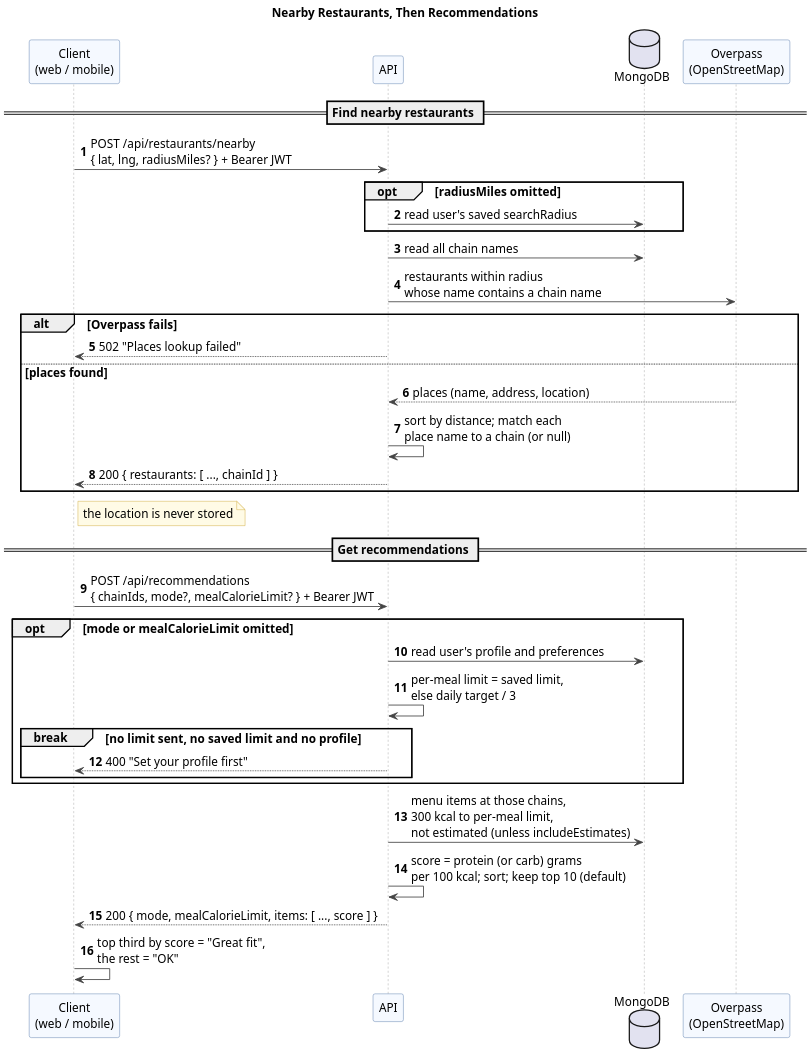
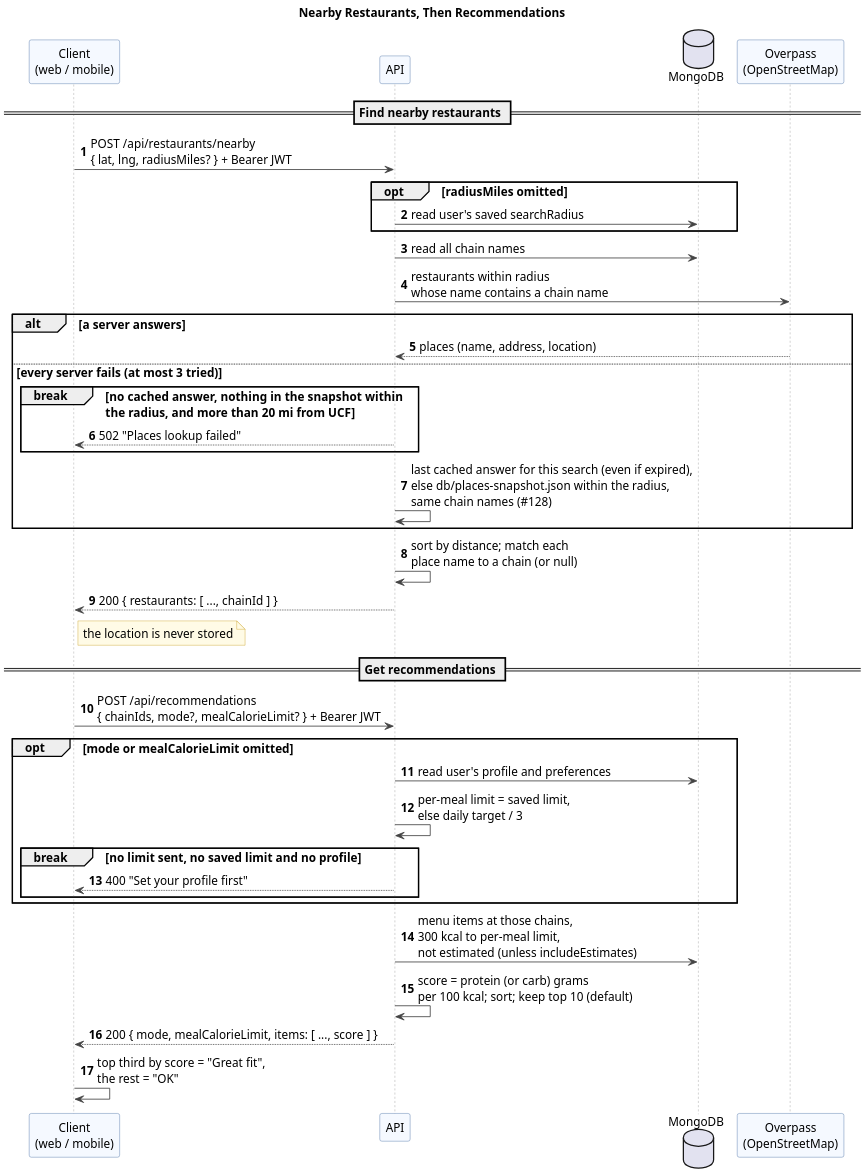
The diagram in docs/diagrams/sequence-recommendations.puml (polter-dev/POOSD_large_proj), drawn with PlantUML before and after one commit. The commit also changed 12 other files, not shown here.

```diff
--- a/docs/diagrams/sequence-recommendations.puml
+++ b/docs/diagrams/sequence-recommendations.puml
@@ -1,54 +1,57 @@
 @startuml sequence-recommendations
 ' Menu Macro Fitter -- nearby restaurants, then recommendations (issue #37)
 ' Call order from backend/src/controllers/restaurants.js and recommendations.js. The student is already logged in.
 
 skinparam defaultFontName Verdana
 scale 2
 skinparam defaultFontSize 14
 skinparam shadowing false
 skinparam ArrowColor #444444
 skinparam sequenceLifeLineBorderColor #999999
 skinparam sequenceParticipantBackgroundColor #F5F9FF
 skinparam sequenceParticipantBorderColor #4A6FA5
 skinparam noteBackgroundColor #FFFBE6
 skinparam noteBorderColor #C9A227
 autonumber
 
 title Nearby Restaurants, Then Recommendations
 
 participant "Client\n(web / mobile)" as Client
 participant API
 database MongoDB
 participant "Overpass\n(OpenStreetMap)" as Overpass
 
 == Find nearby restaurants ==
 Client -> API : POST /api/restaurants/nearby\n{ lat, lng, radiusMiles? } + Bearer JWT
 opt radiusMiles omitted
   API -> MongoDB : read user's saved searchRadius
 end
 API -> MongoDB : read all chain names
 API -> Overpass : restaurants within radius\nwhose name contains a chain name
-alt Overpass fails
-  API --> Client : 502 "Places lookup failed"
-else places found
+alt a server answers
   Overpass --> API : places (name, address, location)
-  API -> API : sort by distance; match each\nplace name to a chain (or null)
-  API --> Client : 200 { restaurants: [ ..., chainId ] }
+else every server fails (at most 3 tried)
+  break no cached answer, nothing in the snapshot within\nthe radius, and more than 20 mi from UCF
+    API --> Client : 502 "Places lookup failed"
+  end
+  API -> API : last cached answer for this search (even if expired),\nelse db/places-snapshot.json within the radius,\nsame chain names (#128)
 end
+API -> API : sort by distance; match each\nplace name to a chain (or null)
+API --> Client : 200 { restaurants: [ ..., chainId ] }
 note right of Client : the location is never stored
 
 == Get recommendations ==
 Client -> API : POST /api/recommendations\n{ chainIds, mode?, mealCalorieLimit? } + Bearer JWT
 opt mode or mealCalorieLimit omitted
   API -> MongoDB : read user's profile and preferences
   API -> API : per-meal limit = saved limit,\nelse daily target / 3
   break no limit sent, no saved limit and no profile
     API --> Client : 400 "Set your profile first"
   end
 end
 API -> MongoDB : menu items at those chains,\n300 kcal to per-meal limit,\nnot estimated (unless includeEstimates)
 API -> API : score = protein (or carb) grams\nper 100 kcal; sort; keep top 10 (default)
 API --> Client : 200 { mode, mealCalorieLimit, items: [ ..., score ] }
 Client -> Client : top third by score = "Great fit",\nthe rest = "OK"
 
 @enduml
```
